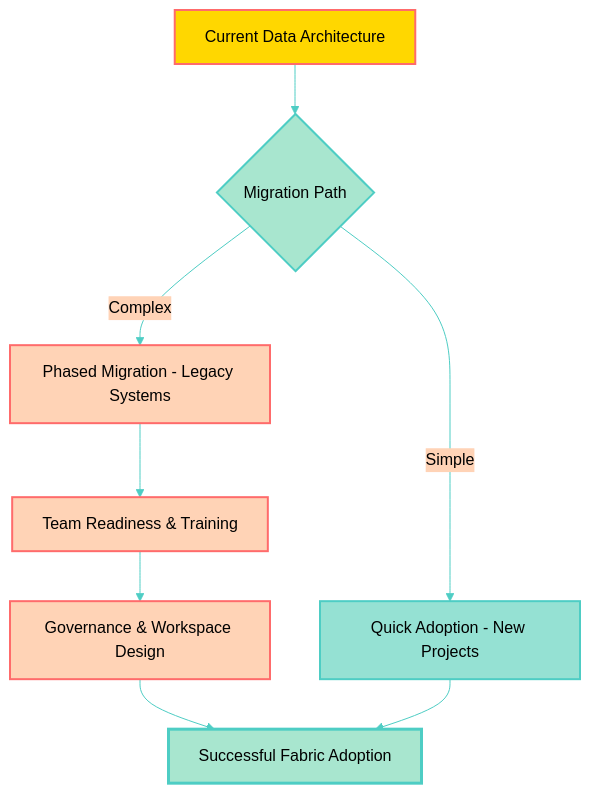
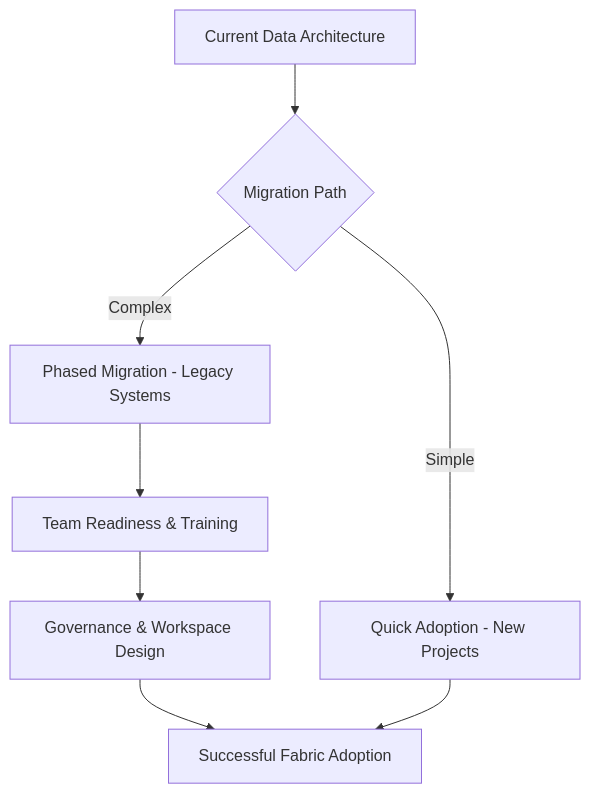
The third of 10 diagrams in microsoft-fabric/readme.md (MoBRUEC/MoBRUEC), drawn with Mermaid before and after one commit. The commit also changed other lines of this file, not shown here.

````diff
--- a/microsoft-fabric/readme.md
+++ b/microsoft-fabric/readme.md
@@ -130,18 +120,10 @@
 ```mermaid
-%%{init: {'theme':'base', 'themeVariables': { 'primaryColor':'#A8E6CF','primaryTextColor':'#000','primaryBorderColor':'#FF6B6B','lineColor':'#4ECDC4','secondaryColor':'#FFD3B6','tertiaryColor':'#95E1D3'}}}%%
 flowchart TD
     Start[Current Data Architecture] --> Decision{Migration Path}
     Decision -->|Simple| PathA[Quick Adoption - New Projects]
     Decision -->|Complex| PathB[Phased Migration - Legacy Systems]
     PathB --> Training[Team Readiness & Training]
     Training --> Governance[Governance & Workspace Design]
     Governance --> Success[Successful Fabric Adoption]
     PathA --> Success
-    style Start fill:#FFD700,stroke:#FF6B6B,stroke-width:2px,color:#000
-    style Decision fill:#A8E6CF,stroke:#4ECDC4,stroke-width:2px,color:#000
-    style PathA fill:#95E1D3,stroke:#4ECDC4,stroke-width:2px,color:#000
-    style PathB fill:#FFD3B6,stroke:#FF6B6B,stroke-width:2px,color:#000
-    style Training fill:#FFD3B6,stroke:#FF6B6B,stroke-width:2px,color:#000
-    style Governance fill:#FFD3B6,stroke:#FF6B6B,stroke-width:2px,color:#000
-    style Success fill:#A8E6CF,stroke:#4ECDC4,stroke-width:3px,color:#000
 ```
````
